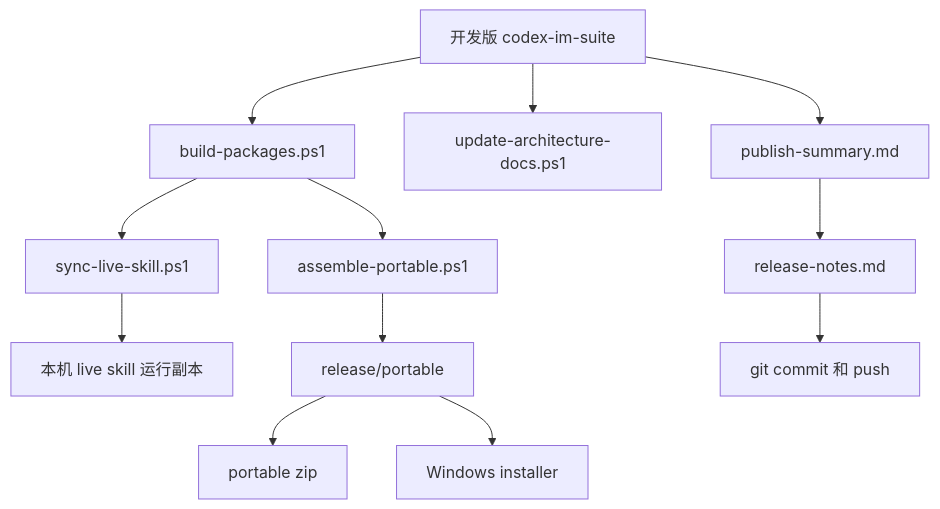
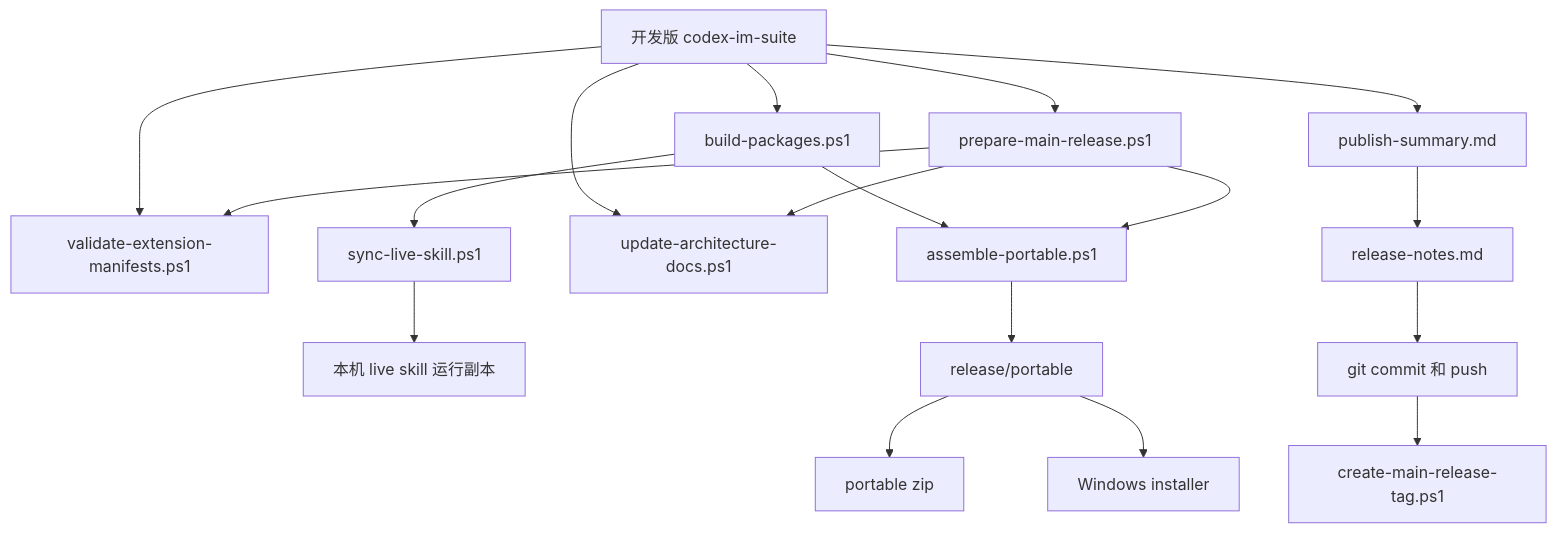
One commit to dddfuxi/codex-im-suite changed the sixth of 6 diagrams in docs/PROJECT-ARCHITECTURE.md. Above: the diagram before and after it, drawn with Mermaid. The commit also changed other lines of this file and 159 other files, not shown here.

````diff
--- a/docs/PROJECT-ARCHITECTURE.md
+++ b/docs/PROJECT-ARCHITECTURE.md
@@ -461,14 +552,20 @@
 ```mermaid
 flowchart TD
   DevTree[开发版 codex-im-suite] --> BuildPackages[build-packages.ps1]
+  DevTree --> ValidateManifest[validate-extension-manifests.ps1]
   BuildPackages --> SyncLive[sync-live-skill.ps1]
   SyncLive --> LiveRuntime[本机 live skill 运行副本]
   DevTree --> ArchCheck[update-architecture-docs.ps1]
   BuildPackages --> Assemble[assemble-portable.ps1]
   Assemble --> Portable[release/portable]
   Portable --> Zip[portable zip]
   Portable --> Installer[Windows installer]
+  DevTree --> MainPreflight[prepare-main-release.ps1]
+  MainPreflight --> ValidateManifest
+  MainPreflight --> ArchCheck
+  MainPreflight --> Assemble
   DevTree --> PublishSummary[publish-summary.md]
   PublishSummary --> ReleaseNotes[release-notes.md]
   ReleaseNotes --> Git[git commit 和 push]
+  Git --> Tag[create-main-release-tag.ps1]
 ```
````
